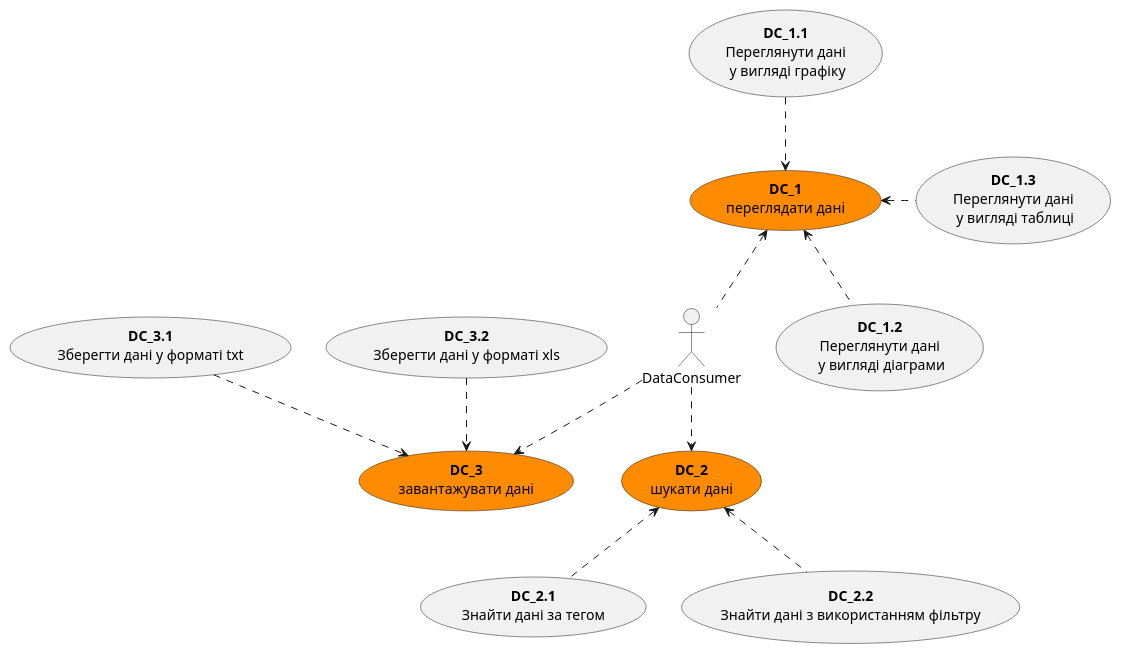
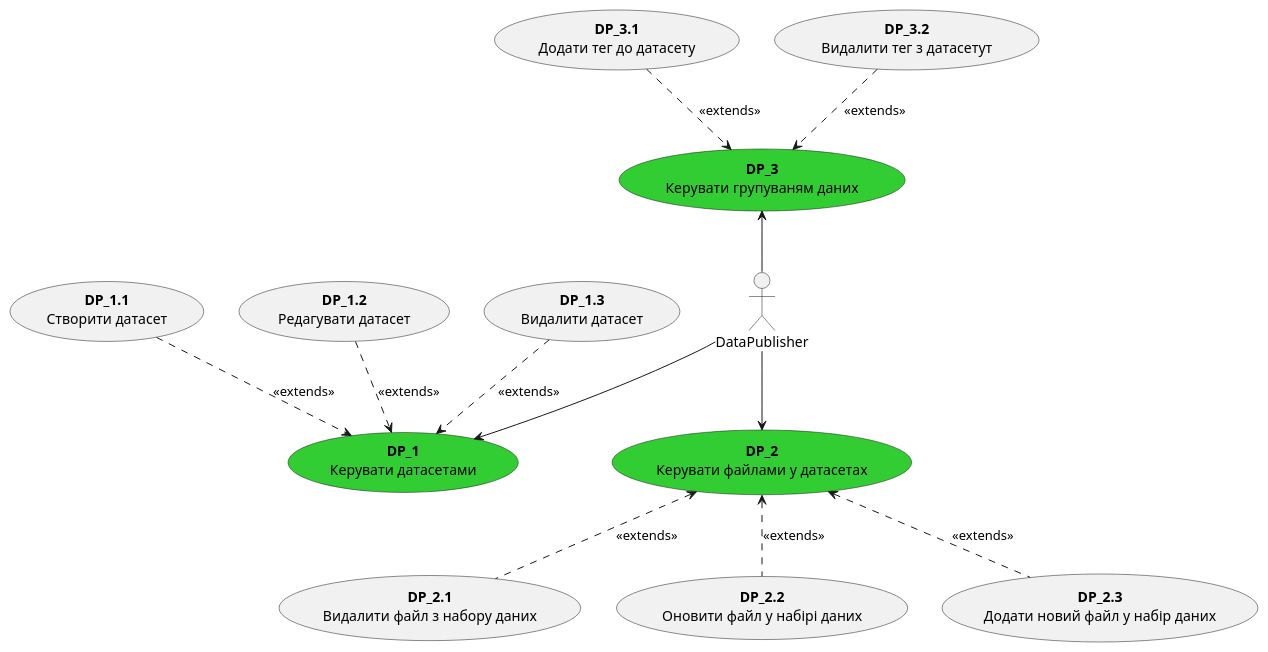
Before and after one commit to boldak/edu-db-cw: the third of 13 diagrams in docs/use cases/README.md, drawn with PlantUML. The commit also changed other lines of this file and 2 other files, not shown here.

Commit message:
files added to main readme file, all diagrams together, diagrams arrows fixed

```diff
--- a/docs/use cases/README.md
+++ b/docs/use cases/README.md
@@ -95,47 +106,43 @@
 @startuml
 
-actor DataConsumer
+  actor DataPublisher
   
-  usecase Duse1 as "<b>DC_1</b>\nпереглядати данi" #FF8C00
-  usecase Duse2 as "<b>DC_2</b>\nшукати данi" #FF8C00
-  usecase Duse3 as "<b>DC_3</b>\nзавантажувати данi" #FF8C00
-  
-  usecase Duse1_1 as "<b>DC_1.1</b>\nПереглянути дані\n у вигляді графіку"
-  usecase Duse1_2 as "<b>DC_1.2</b>\nПереглянути дані\n у вигляді діаграми"
-  usecase Duse1_3 as "<b>DC_1.3</b>\nПереглянути дані\n у вигляді таблиці"
-  
-  usecase Duse2_1 as "<b>DC_2.1</b>\nЗнайти дані за тегом"
-  usecase Duse2_2 as "<b>DC_2.2</b>\nЗнайти дані з використанням фільтру"
-  
-  usecase Duse3_1 as "<b>DC_3.1</b>\nЗберегти дані у форматі txt"
-  usecase Duse3_2 as "<b>DC_3.2</b>\nЗберегти дані у форматі xls"
-
-  
-  usecase Duse2_1 as "<b>DC_2.1</b>\nЗнайти дані за тегом"
-  usecase Duse2_2 as "<b>DC_2.2</b>\nЗнайти дані з використанням фільтру"
-  
-  usecase Duse3_1 as "<b>DC_3.1</b>\nЗберегти дані у форматі txt"
-  usecase Duse3_2 as "<b>DC_3.2</b>\nЗберегти дані у форматі xls"
-
-  
-
-  DataConsumer .u.> Duse1
-  DataConsumer .d.> Duse2
-  DataConsumer .d.> Duse3
-  
-  Duse1_1 .d.> Duse1 <<extends>>
-  Duse1_2 .u.> Duse1 <<extends>>
-  Duse1_3 .l.> Duse1 <<extends>>
-
-  Duse2_1 .u.> Duse2 <<extends>>
-  Duse2_2 .u.> Duse2 <<extends>>
-
-  Duse3_1 .d.> Duse3 <<extends>>
-  Duse3_2 .d.> Duse3 <<extends>>
+  usecase Dmanage1 as "<b>DP_1</b>\nКерувати датасетами" #32CD32
+  usecase Dmanage1_1 as "<b>DP_1.1</b>\nСтворити датасет"
+  usecase Dmanage1_2 as "<b>DP_1.2</b>\nРедагувати датасет"
+  usecase Dmanage1_3 as "<b>DP_1.3</b>\nВидалити датасет"
 
 
 
+  usecase Dmanage2 as "<b>DP_2</b>\nКерувати файлами у датасетах" #32CD32
+  usecase Dmanage2_1 as "<b>DP_2.1</b>\nВидалити файл з набору даних"
+  usecase Dmanage2_2 as "<b>DP_2.2</b>\nОновити файл у набірі даних"
+  usecase Dmanage2_3 as "<b>DP_2.3</b>\nДодати новий файл у набір даних"
 
+
+  usecase Dmanage3 as "<b>DP_3</b>\nКерувати групуваням даних" #32CD32
+  usecase Dmanage3_1 as "<b>DP_3.1</b>\nДодати тег до датасету"
+  usecase Dmanage3_2 as "<b>DP_3.2</b>\nВидалити тег з датасетут"
+ 
+  
+
+  DataPublisher -u-> Dmanage3
+  DataPublisher -d-> Dmanage2
+  DataPublisher -d-> Dmanage1
+
+  Dmanage2_1 .u.> Dmanage2: <<extends>>
+  Dmanage2_2 .u.> Dmanage2: <<extends>>
+  Dmanage2_3 .u.> Dmanage2: <<extends>>
+
+  Dmanage3_1 .d.> Dmanage3: <<extends>>
+  Dmanage3_2 .d.> Dmanage3: <<extends>>
+
+
+  Dmanage1_1 .d.> Dmanage1: <<extends>>
+  Dmanage1_2 .d.> Dmanage1: <<extends>>
+  Dmanage1_3 .d.> Dmanage1: <<extends>>
+
+          
 
   
 @enduml
```
